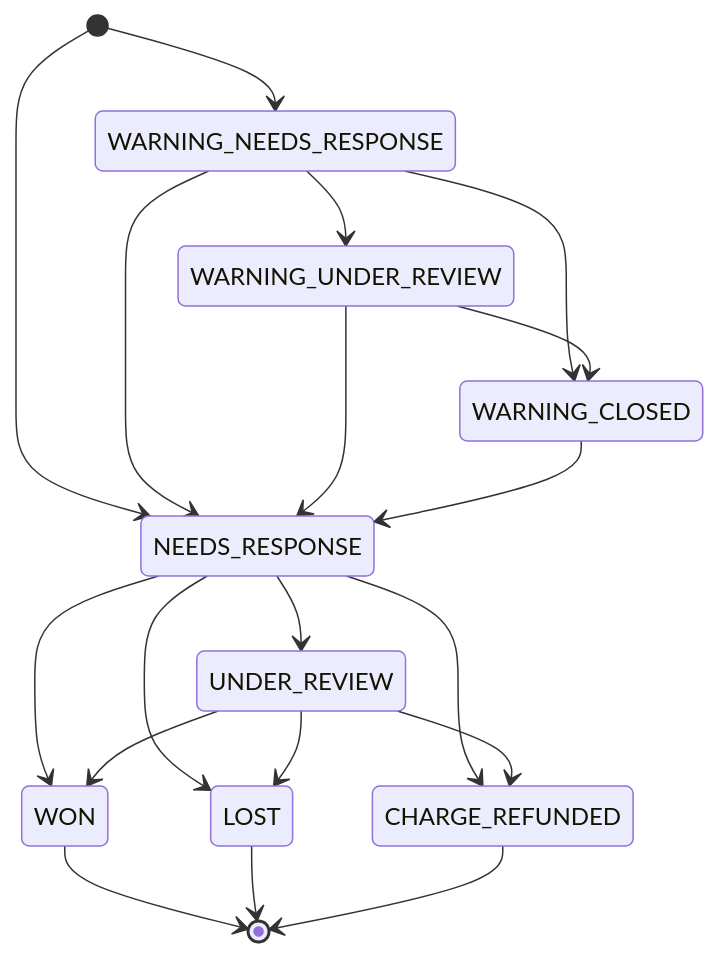
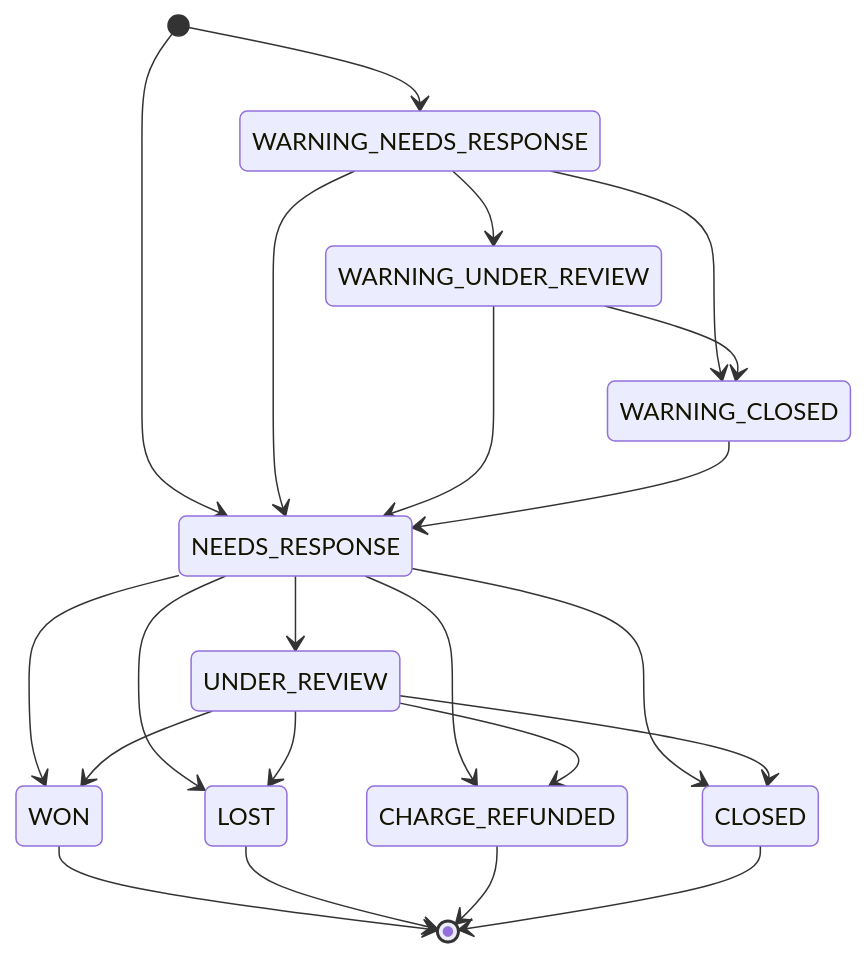
One commit to Practitionist/familiarise_web changed the first of 2 diagrams in docs/enterprise/10-money-and-ledger/11-disputes.md. Above: the diagram before and after it, drawn with Mermaid. The commit also changed other lines of this file and 8 other files, not shown here.

````diff
--- a/docs/enterprise/10-money-and-ledger/11-disputes.md
+++ b/docs/enterprise/10-money-and-ledger/11-disputes.md
@@ -21,21 +21,24 @@
 ```mermaid
 stateDiagram-v2
     [*] --> WARNING_NEEDS_RESPONSE
     [*] --> NEEDS_RESPONSE
     WARNING_NEEDS_RESPONSE --> WARNING_UNDER_REVIEW
     WARNING_NEEDS_RESPONSE --> WARNING_CLOSED
     WARNING_NEEDS_RESPONSE --> NEEDS_RESPONSE
     WARNING_UNDER_REVIEW --> WARNING_CLOSED
     WARNING_UNDER_REVIEW --> NEEDS_RESPONSE
     WARNING_CLOSED --> NEEDS_RESPONSE
     NEEDS_RESPONSE --> UNDER_REVIEW
     NEEDS_RESPONSE --> WON
     NEEDS_RESPONSE --> LOST
     NEEDS_RESPONSE --> CHARGE_REFUNDED
+    NEEDS_RESPONSE --> CLOSED
     UNDER_REVIEW --> WON
     UNDER_REVIEW --> LOST
     UNDER_REVIEW --> CHARGE_REFUNDED
+    UNDER_REVIEW --> CLOSED
     WON --> [*]
     LOST --> [*]
     CHARGE_REFUNDED --> [*]
+    CLOSED --> [*]
 ```
````
